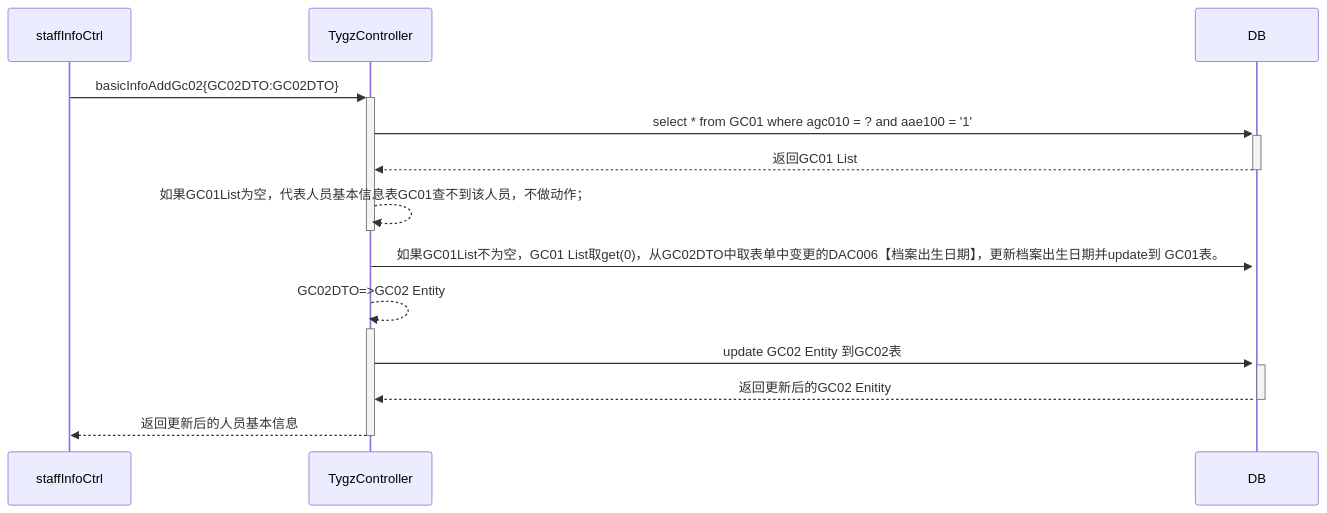
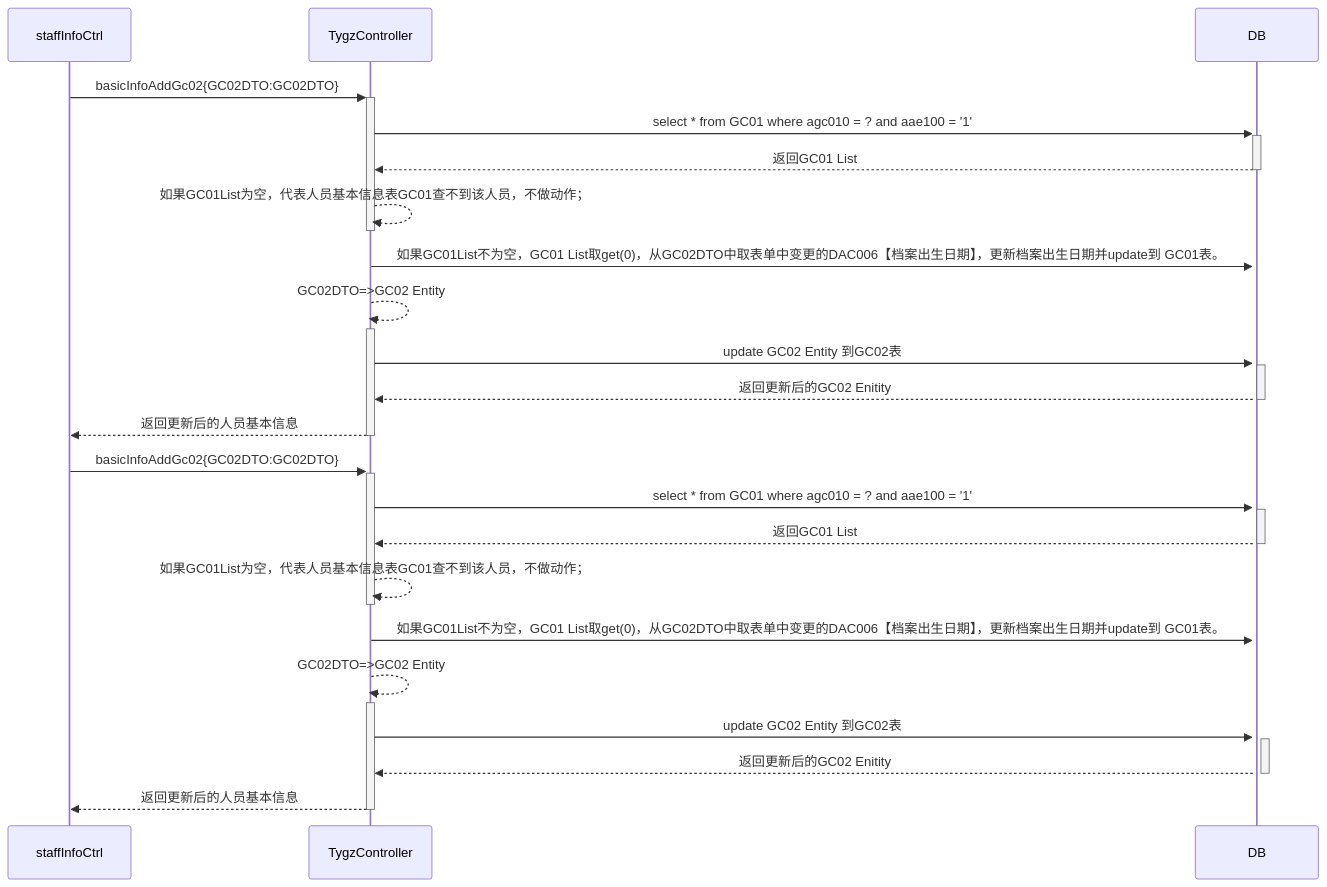
One commit to ZhangJianBeiJing/iodraw-files changed the diagram in all/未命名-1.md. Above: the diagram before and after it, drawn with Mermaid.

Commit message:
2025-03-24 17:58:32 update

````diff
--- a/all/未命名-1.md
+++ b/all/未命名-1.md
@@ -1,17 +1,26 @@
 ```mermaid
 sequenceDiagram
+    staffInfoCtrl->>+TygzController:basicInfoAddGc02{GC02DTO:GC02DTO}
+    TygzController->>+DB:select * from GC01 where agc010 = ? and aae100 = '1'
+    DB-->>-TygzController:返回GC01 List
+    TygzController-->>-TygzController:如果GC01List为空，代表人员基本信息表GC01查不到该人员，不做动作；
+    TygzController->>+DB:如果GC01List不为空，GC01 List取get(0)，从GC02DTO中取表单中变更的DAC006【档案出生日期】，更新档案出生日期并update到 GC01表。
+    TygzController-->>+TygzController:GC02DTO=>GC02 Entity
+    TygzController->>+DB:update GC02 Entity 到GC02表
+    DB-->>-TygzController:返回更新后的GC02 Enitity
+    TygzController-->>-staffInfoCtrl:返回更新后的人员基本信息
 
     staffInfoCtrl->>+TygzController:basicInfoAddGc02{GC02DTO:GC02DTO}
     TygzController->>+DB:select * from GC01 where agc010 = ? and aae100 = '1'
     DB-->>-TygzController:返回GC01 List
     TygzController-->>-TygzController:如果GC01List为空，代表人员基本信息表GC01查不到该人员，不做动作；
     TygzController->>+DB:如果GC01List不为空，GC01 List取get(0)，从GC02DTO中取表单中变更的DAC006【档案出生日期】，更新档案出生日期并update到 GC01表。
     TygzController-->>+TygzController:GC02DTO=>GC02 Entity
     TygzController->>+DB:update GC02 Entity 到GC02表
     DB-->>-TygzController:返回更新后的GC02 Enitity
     TygzController-->>-staffInfoCtrl:返回更新后的人员基本信息
 
 
 
 
 ```
````
